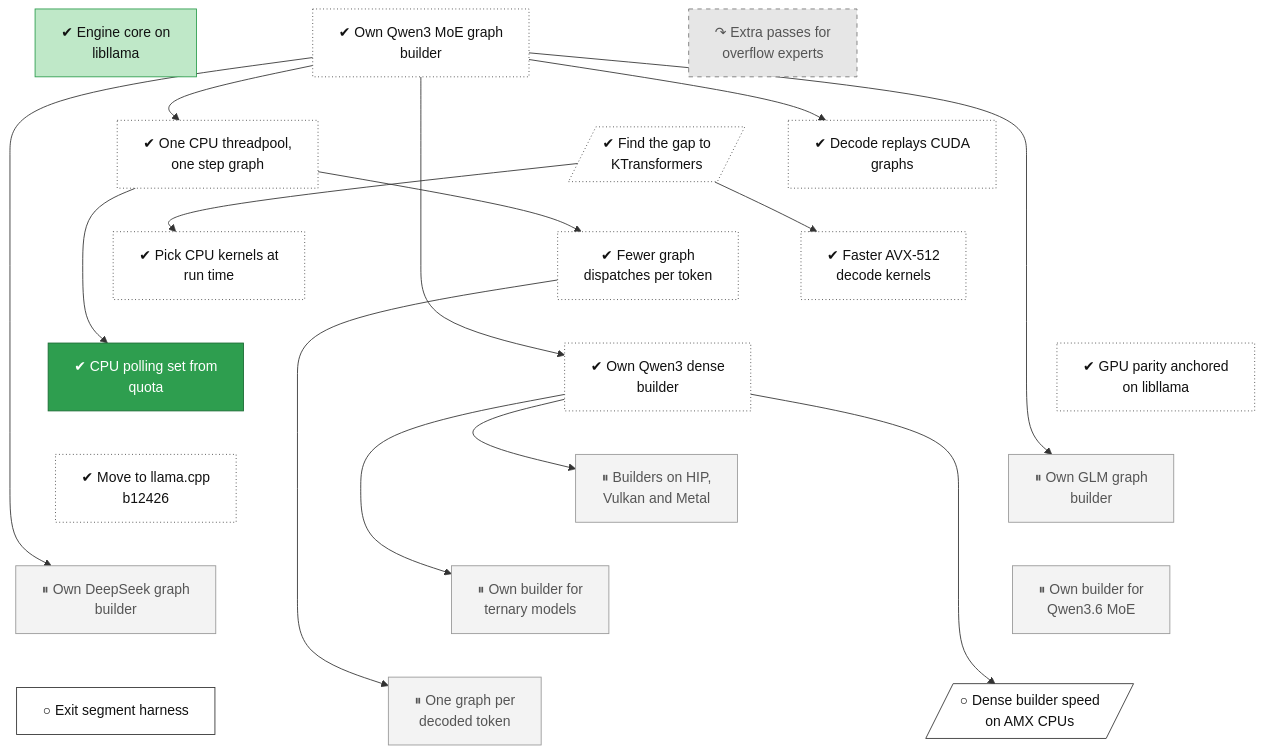
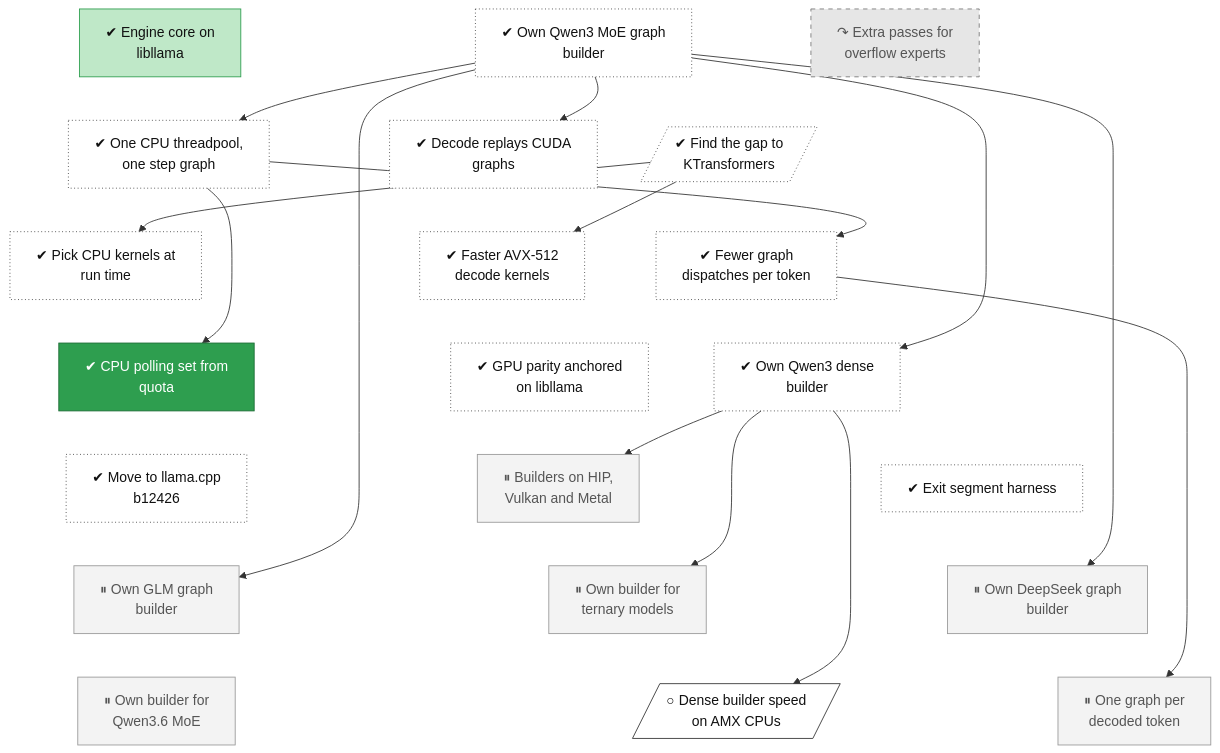
One commit to lhns/tetraeder changed the diagram in docs/roadmap/tracks/engine.md. Above: the diagram before and after it, drawn with Mermaid. The commit also changed other lines of this file and 2 other files, not shown here.

Commit message:
Phase 6, ADR 0092 step E2/E3: tree pages rebuilt; not measured

````diff
--- a/docs/roadmap/tracks/engine.md
+++ b/docs/roadmap/tracks/engine.md
@@ -10,75 +10,75 @@
 ```mermaid
 flowchart TB
     engine_libllama["✔ Engine core on<br/>libllama"]
     engine_moe_builder["✔ Own Qwen3 MoE graph<br/>builder"]
     engine_overflow_passes["↷ Extra passes for<br/>overflow experts"]
     engine_cpu_threadpool["✔ One CPU threadpool,<br/>one step graph"]
     engine_cuda_graphs["✔ Decode replays CUDA<br/>graphs"]
     engine_kt_gap[/"✔ Find the gap to<br/>KTransformers"/]
     engine_isa_dispatch["✔ Pick CPU kernels at<br/>run time"]
     engine_iqk_kernels["✔ Faster AVX-512<br/>decode kernels"]
     engine_decode_dispatch["✔ Fewer graph<br/>dispatches per token"]
     engine_cpu_poll["✔ CPU polling set from<br/>quota"]
     engine_dense_builder["✔ Own Qwen3 dense<br/>builder"]
     engine_gpu_tolerance["✔ GPU parity anchored<br/>on libllama"]
     engine_pin_b12426["✔ Move to llama.cpp<br/>b12426"]
+    engine_exit_segment_harness["✔ Exit segment harness"]
     engine_backend_parity["⏸ Builders on HIP,<br/>Vulkan and Metal"]
     engine_glm_builder["⏸ Own GLM graph<br/>builder"]
     engine_deepseek_builder["⏸ Own DeepSeek graph<br/>builder"]
     engine_bitnet_builder["⏸ Own builder for<br/>ternary models"]
     engine_qwen35moe_builder["⏸ Own builder for<br/>Qwen3.6 MoE"]
-    engine_exit_segment_harness["○ Exit segment harness"]
     engine_one_graph_per_token["⏸ One graph per<br/>decoded token"]
     engine_dense_amx[/"○ Dense builder speed<br/>on AMX CPUs"/]
     engine_libllama ~~~ engine_cpu_threadpool
     engine_moe_builder ~~~ engine_cuda_graphs
     engine_overflow_passes ~~~ engine_kt_gap
     engine_cpu_threadpool ~~~ engine_isa_dispatch
     engine_cuda_graphs ~~~ engine_iqk_kernels
     engine_kt_gap ~~~ engine_decode_dispatch
     engine_isa_dispatch ~~~ engine_cpu_poll
     engine_iqk_kernels ~~~ engine_dense_builder
     engine_decode_dispatch ~~~ engine_gpu_tolerance
     engine_cpu_poll ~~~ engine_pin_b12426
-    engine_dense_builder ~~~ engine_backend_parity
-    engine_gpu_tolerance ~~~ engine_glm_builder
-    engine_pin_b12426 ~~~ engine_deepseek_builder
+    engine_dense_builder ~~~ engine_exit_segment_harness
+    engine_gpu_tolerance ~~~ engine_backend_parity
+    engine_pin_b12426 ~~~ engine_glm_builder
+    engine_exit_segment_harness ~~~ engine_deepseek_builder
     engine_backend_parity ~~~ engine_bitnet_builder
     engine_glm_builder ~~~ engine_qwen35moe_builder
-    engine_deepseek_builder ~~~ engine_exit_segment_harness
-    engine_bitnet_builder ~~~ engine_one_graph_per_token
-    engine_qwen35moe_builder ~~~ engine_dense_amx
+    engine_deepseek_builder ~~~ engine_one_graph_per_token
+    engine_bitnet_builder ~~~ engine_dense_amx
     engine_moe_builder --> engine_cpu_threadpool
     engine_moe_builder --> engine_cuda_graphs
     engine_kt_gap --> engine_isa_dispatch
     engine_kt_gap --> engine_iqk_kernels
     engine_cpu_threadpool --> engine_decode_dispatch
     engine_cpu_threadpool --> engine_cpu_poll
     engine_moe_builder --> engine_dense_builder
     engine_dense_builder --> engine_backend_parity
     engine_moe_builder --> engine_glm_builder
     engine_moe_builder --> engine_deepseek_builder
     engine_dense_builder --> engine_bitnet_builder
     engine_decode_dispatch --> engine_one_graph_per_token
     engine_dense_builder --> engine_dense_amx
     classDef vsucc fill:#2e9e4f,stroke:#1b6b34,color:#fff
     classDef succ fill:#bfe8c8,stroke:#2e9e4f,color:#111
     classDef mixed fill:#ffd37a,stroke:#c98a00,color:#111
     classDef bad fill:#f28b82,stroke:#b3261e,color:#111
     classDef dead fill:#e6e6e6,stroke:#777,stroke-dasharray:5 5,color:#555
     classDef inprog fill:#a8cdf5,stroke:#1f6fc5,color:#111
     classDef next fill:#fff,stroke:#333,color:#111
     classDef blocked fill:#fff,stroke:#b3261e,stroke-dasharray:2 2,color:#111
     classDef parked fill:#f3f3f3,stroke:#999,color:#555
     classDef unrated fill:#fff,stroke:#333,stroke-dasharray:1 3,color:#111
     classDef gate fill:#d9c2f0,stroke:#7b3fb5,color:#111
     classDef decided fill:#ece0f7,stroke:#7b3fb5,stroke-dasharray:2 2,color:#111
     classDef finding fill:#ffe0b2,stroke:#d84315,stroke-width:2px,color:#111
     classDef waiting fill:#e3f2fd,stroke:#1f6fc5,stroke-dasharray:5 5,color:#111
     class engine_libllama succ
-    class engine_moe_builder,engine_cpu_threadpool,engine_cuda_graphs,engine_kt_gap,engine_isa_dispatch,engine_iqk_kernels,engine_decode_dispatch,engine_dense_builder,engine_gpu_tolerance,engine_pin_b12426 unrated
+    class engine_moe_builder,engine_cpu_threadpool,engine_cuda_graphs,engine_kt_gap,engine_isa_dispatch,engine_iqk_kernels,engine_decode_dispatch,engine_dense_builder,engine_gpu_tolerance,engine_pin_b12426,engine_exit_segment_harness unrated
     class engine_overflow_passes dead
     class engine_cpu_poll vsucc
     class engine_backend_parity,engine_glm_builder,engine_deepseek_builder,engine_bitnet_builder,engine_qwen35moe_builder,engine_one_graph_per_token parked
-    class engine_exit_segment_harness,engine_dense_amx next
+    class engine_dense_amx next
 ```
````
